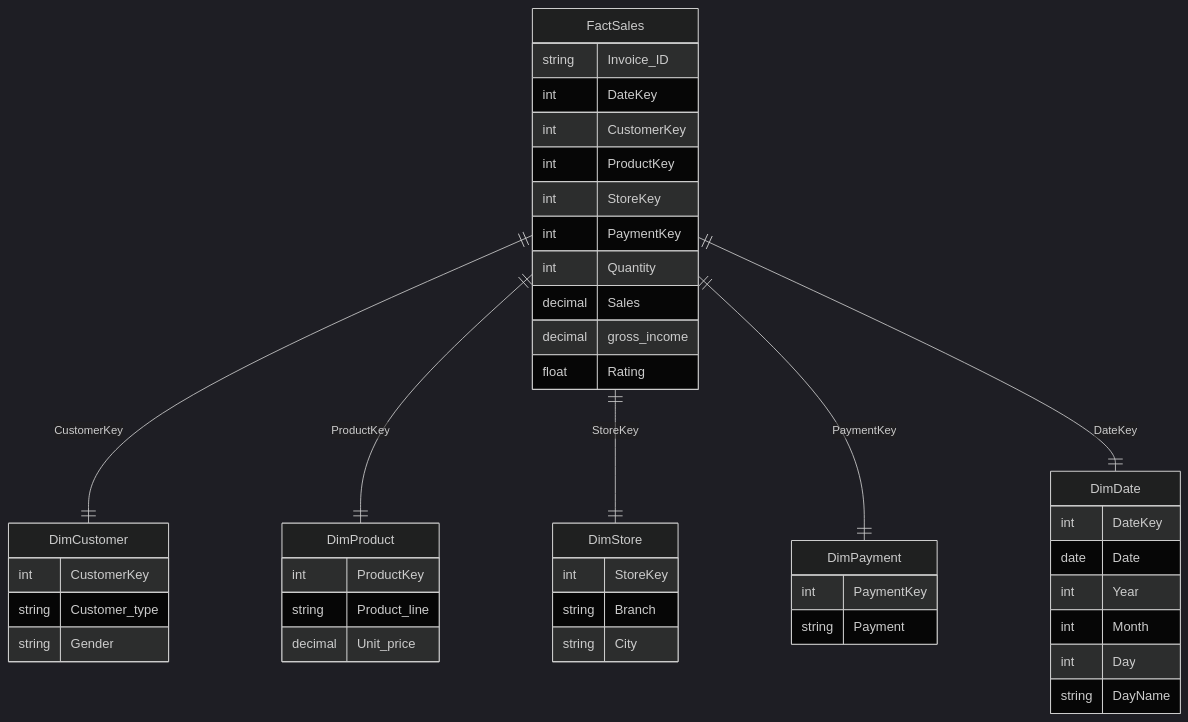
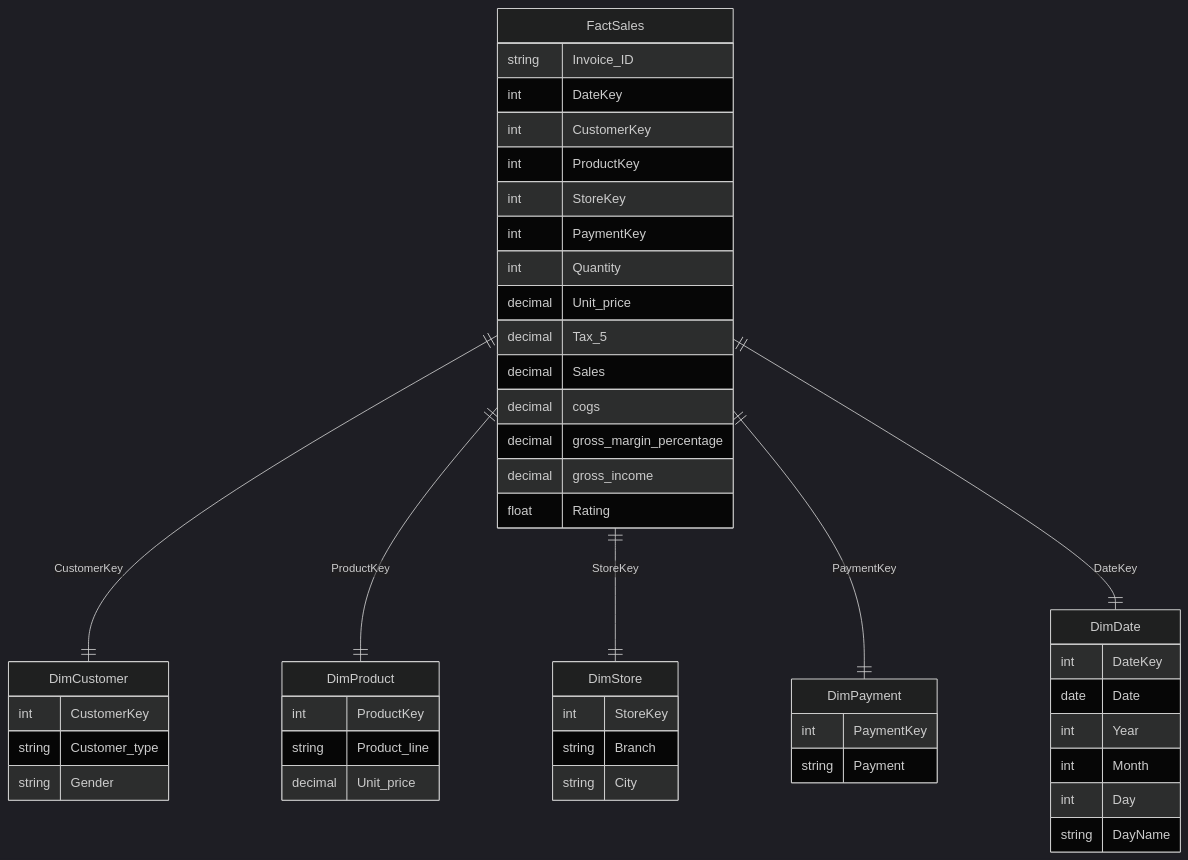
The second of 2 diagrams in README.md (OmarAdelFarahat/retail-sales-etl-pipeline), drawn with Mermaid (dark theme) before and after one commit. The commit also changed other lines of this file, not shown here.

````diff
--- a/README.md
+++ b/README.md
@@ -102,48 +157,52 @@
 ```mermaid
 erDiagram
     DimCustomer {
         int CustomerKey
         string Customer_type
         string Gender
     }
     DimStore {
         int StoreKey
         string Branch
         string City
     }
     DimProduct {
         int ProductKey
         string Product_line
         decimal Unit_price
     }
     DimPayment {
         int PaymentKey
         string Payment
     }
     DimDate {
         int DateKey
         date Date
         int Year
         int Month
         int Day
         string DayName
     }
     FactSales {
         string Invoice_ID
         int DateKey
         int CustomerKey
         int ProductKey
         int StoreKey
         int PaymentKey
         int Quantity
+        decimal Unit_price
+        decimal Tax_5
         decimal Sales
+        decimal cogs
+        decimal gross_margin_percentage
         decimal gross_income
         float Rating
     }
 
     FactSales ||--|| DimCustomer : CustomerKey
     FactSales ||--|| DimProduct : ProductKey
     FactSales ||--|| DimStore : StoreKey
     FactSales ||--|| DimPayment : PaymentKey
     FactSales ||--|| DimDate : DateKey
 ```
````
